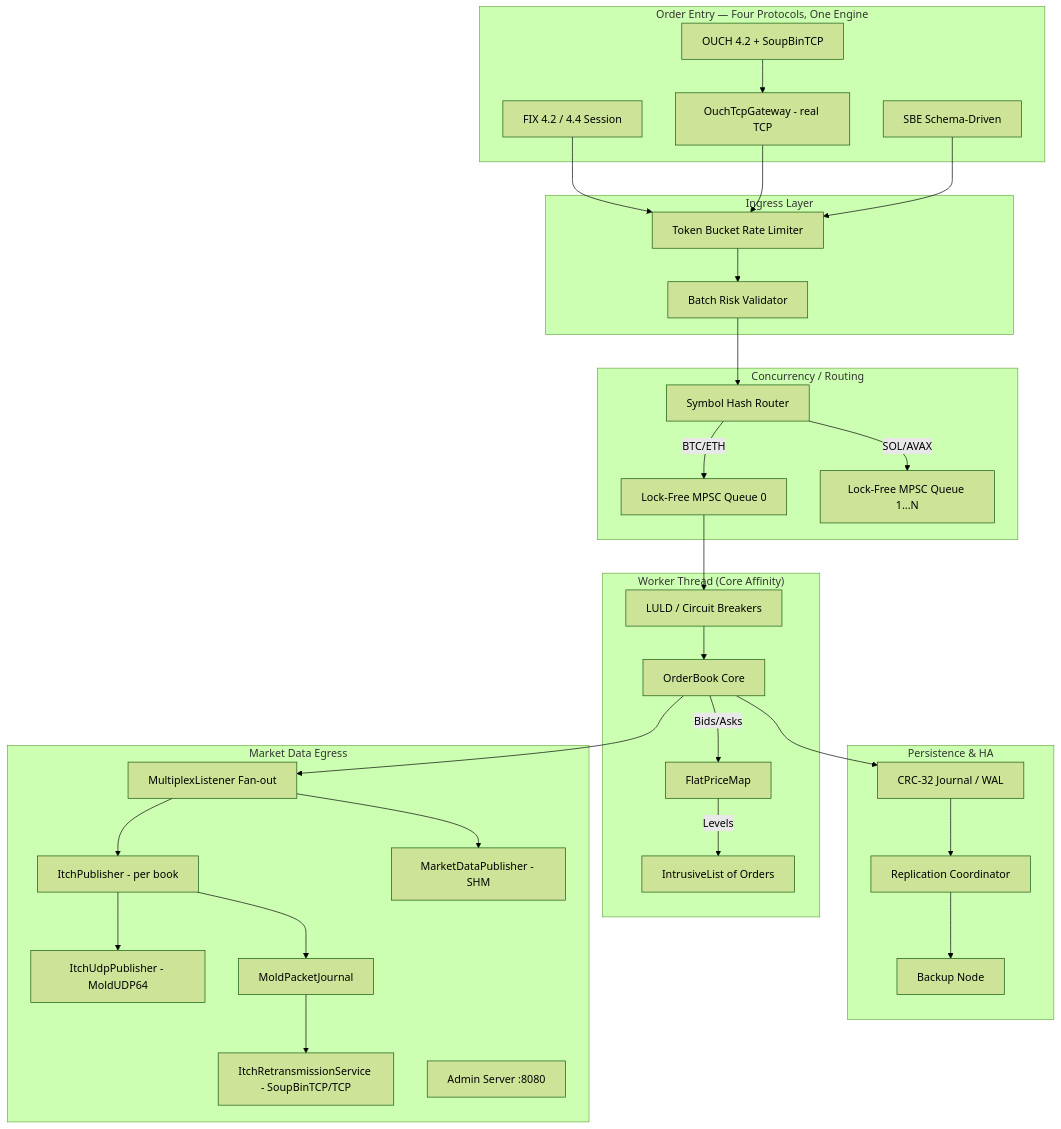
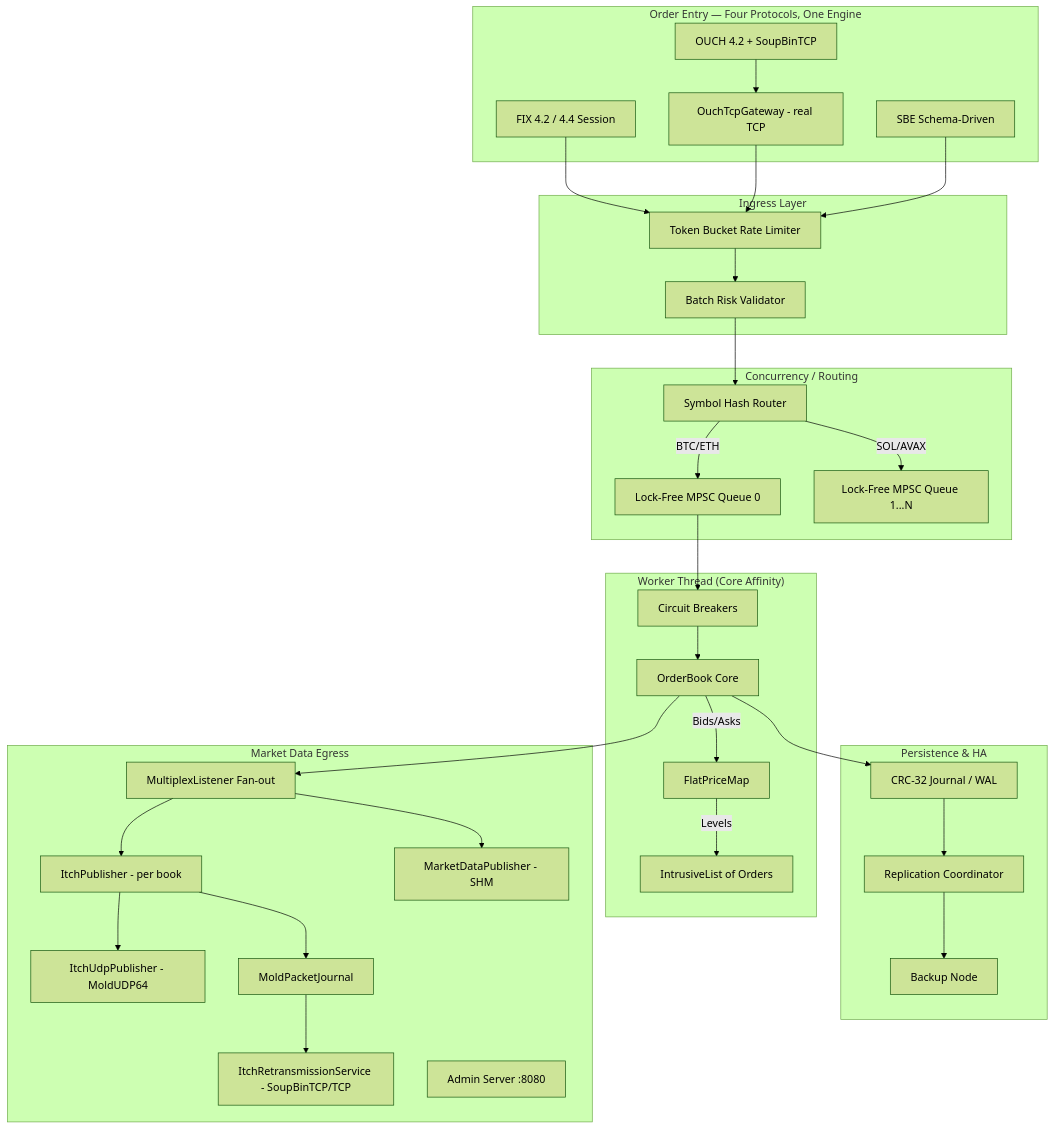
One commit to AtharvaPatil466/Order-Matching-Engine changed the diagram in Architecture.md. Above: the diagram before and after it, drawn with Mermaid (forest theme). The commit also changed other lines of this file and 7 other files, not shown here.

````diff
--- a/Architecture.md
+++ b/Architecture.md
@@ -27,59 +27,59 @@
 ```mermaid
 graph TD
     subgraph "Order Entry — Four Protocols, One Engine"
         FIX[FIX 4.2 / 4.4 Session]
         OUCH[OUCH 4.2 + SoupBinTCP]
         SBE[SBE Schema-Driven]
         OuchGW[OuchTcpGateway - real TCP]
     end
 
     subgraph "Ingress Layer"
         RL[Token Bucket Rate Limiter]
         BR[Batch Risk Validator]
     end
 
     subgraph "Concurrency / Routing"
         Hash[Symbol Hash Router]
         Q1[Lock-Free MPSC Queue 0]
         Q2[Lock-Free MPSC Queue 1...N]
     end
 
     subgraph "Worker Thread (Core Affinity)"
-        CB[LULD / Circuit Breakers]
+        CB[Circuit Breakers]
         OB[OrderBook Core]
         OB --> |Bids/Asks| FPM[FlatPriceMap]
         FPM --> |Levels| IL[IntrusiveList of Orders]
     end
 
     subgraph "Persistence & HA"
         WAL[CRC-32 Journal / WAL]
         REP[Replication Coordinator]
         BK[Backup Node]
     end
 
     subgraph "Market Data Egress"
         MUX[MultiplexListener Fan-out]
         ITCH[ItchPublisher - per book]
         SHM[MarketDataPublisher - SHM]
         UDP[ItchUdpPublisher - MoldUDP64]
         JRN[MoldPacketJournal]
         RETX[ItchRetransmissionService - SoupBinTCP/TCP]
         Admin[Admin Server :8080]
     end
 
     FIX --> RL
     OUCH --> OuchGW --> RL
     SBE --> RL
     RL --> BR --> Hash
     Hash -->|BTC/ETH| Q1
     Hash -->|SOL/AVAX| Q2
     Q1 --> CB --> OB
     OB --> WAL
     WAL --> REP --> BK
     OB --> MUX
     MUX --> ITCH
     MUX --> SHM
     ITCH --> UDP
     ITCH --> JRN
     JRN --> RETX
 ```
````
